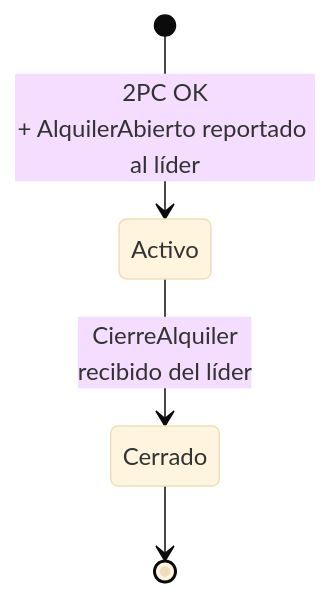
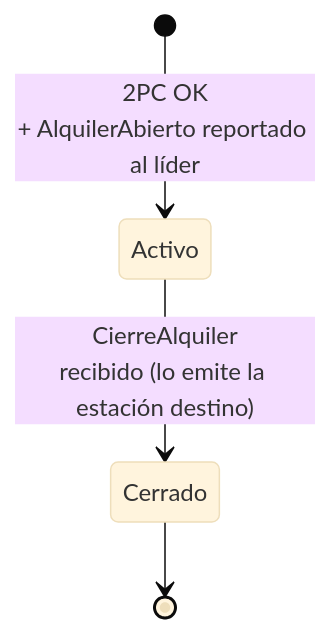
Before and after one commit to guidoPeirano/tp-concurrentes: the second of 11 diagrams in README.md, drawn with Mermaid (base theme). The commit also changed other lines of this file, not shown here.

Commit message:
paso la spec a limpio: integro la corrección de la 1ra entrega al cuerpo del README

````diff
--- a/README.md
+++ b/README.md
@@ -180,6 +178,6 @@
 ```mermaid
 stateDiagram-v2
     [*] --> Activo: 2PC OK<br/>+ AlquilerAbierto reportado al líder
-    Activo --> Cerrado: CierreAlquiler<br/>recibido del líder
+    Activo --> Cerrado: CierreAlquiler<br/>recibido (lo emite la estación destino)
     Cerrado --> [*]
 ```
````
